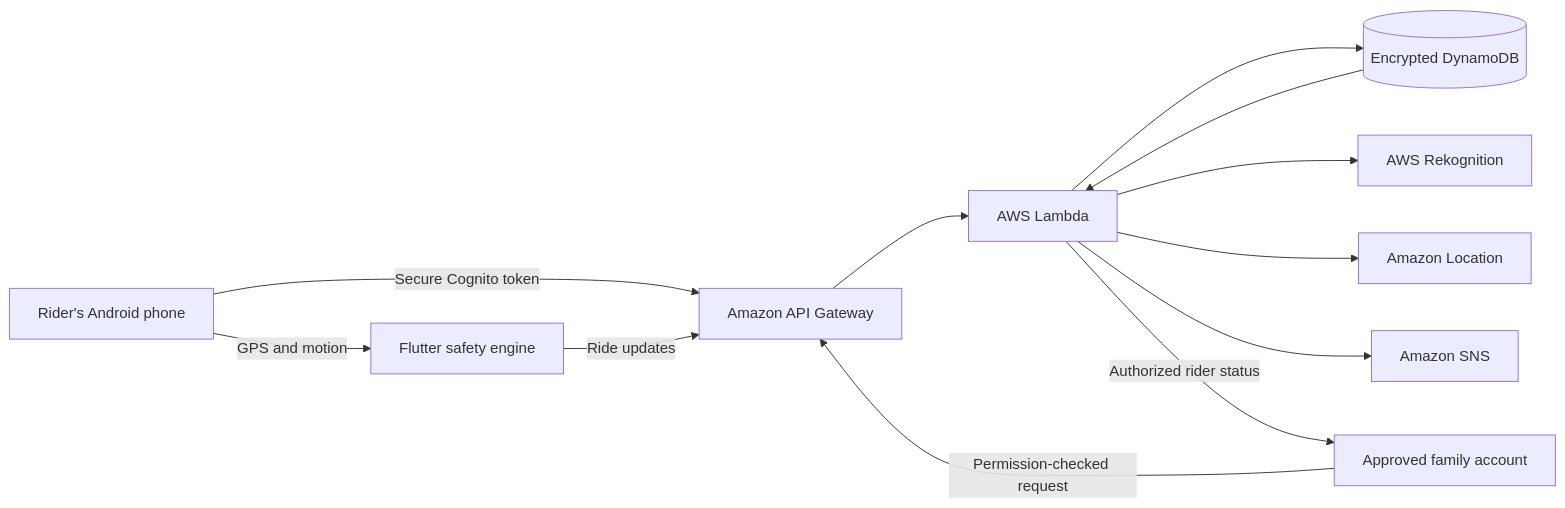
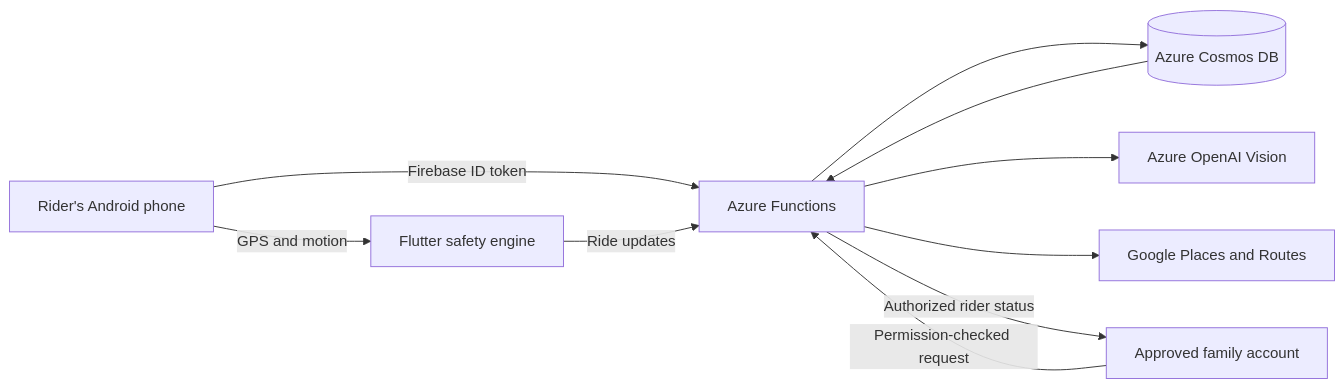
Before and after one commit to beyondmarks-ai/Ride-Guardian-AI: the diagram in README.md, drawn with Mermaid. The commit also changed other lines of this file and 65 other files, not shown here.

Commit message:
Migrate to Firebase and Azure with rider and guardian dashboards

````diff
--- a/README.md
+++ b/README.md
@@ -155,14 +160,12 @@
 ```mermaid
 flowchart LR
-    R[Rider's Android phone] -->|Secure Cognito token| API[Amazon API Gateway]
+    R[Rider's Android phone] -->|Firebase ID token| API[Azure Functions]
     R -->|GPS and motion| APP[Flutter safety engine]
     APP -->|Ride updates| API
-    API --> L[AWS Lambda]
-    L --> D[(Encrypted DynamoDB)]
-    L --> REK[AWS Rekognition]
-    L --> LOC[Amazon Location]
-    L --> SNS[Amazon SNS]
+    API --> D[(Azure Cosmos DB)]
+    API --> AOAI[Azure OpenAI Vision]
+    API --> GM[Google Places and Routes]
     F[Approved family account] -->|Permission-checked request| API
-    D --> L
-    L -->|Authorized rider status| F
+    D --> API
+    API -->|Authorized rider status| F
 ```
````
